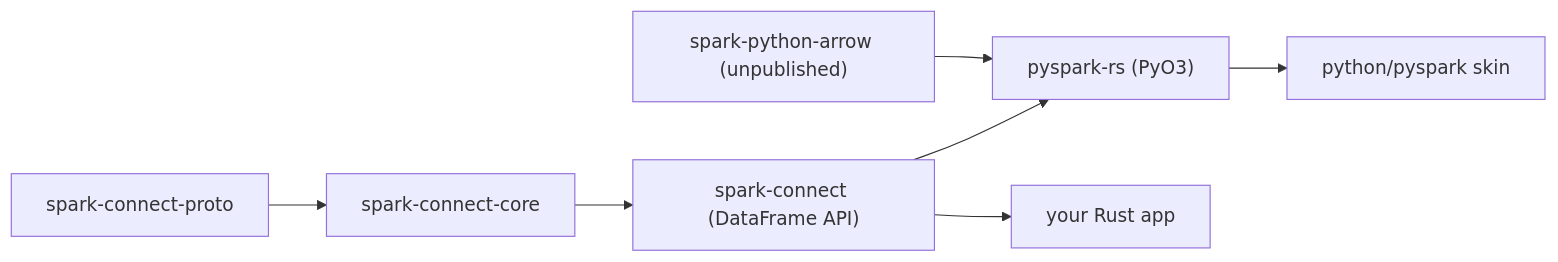
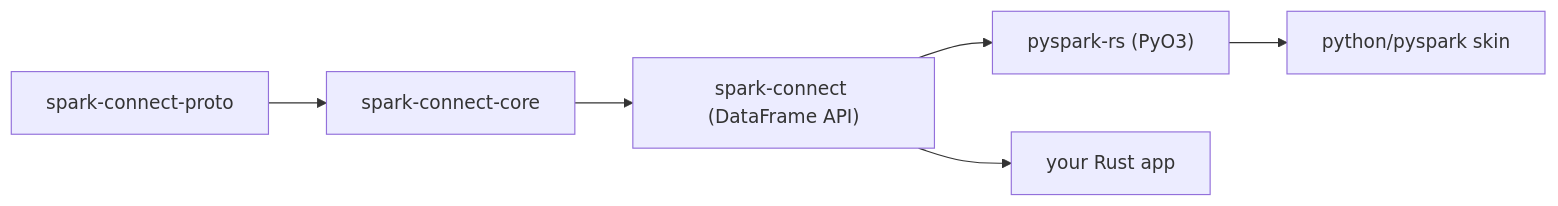
The second of 4 diagrams in docs/architecture.md (apache/spark-connect-rust), drawn with Mermaid before and after one commit. The commit also changed other lines of this file and 15 other files, not shown here.

````diff
--- a/docs/architecture.md
+++ b/docs/architecture.md
@@ -69,9 +68,8 @@
 ```mermaid
 flowchart LR
     PROTO["spark-connect-proto"] --> CORE["spark-connect-core"]
     CORE --> SC["spark-connect (DataFrame API)"]
     SC --> PYO3["pyspark-rs (PyO3)"]
-    PYARROW["spark-python-arrow (unpublished)"] --> PYO3
     PYO3 --> SKIN["python/pyspark skin"]
     SC --> RUSTAPP["your Rust app"]
 ```
````
